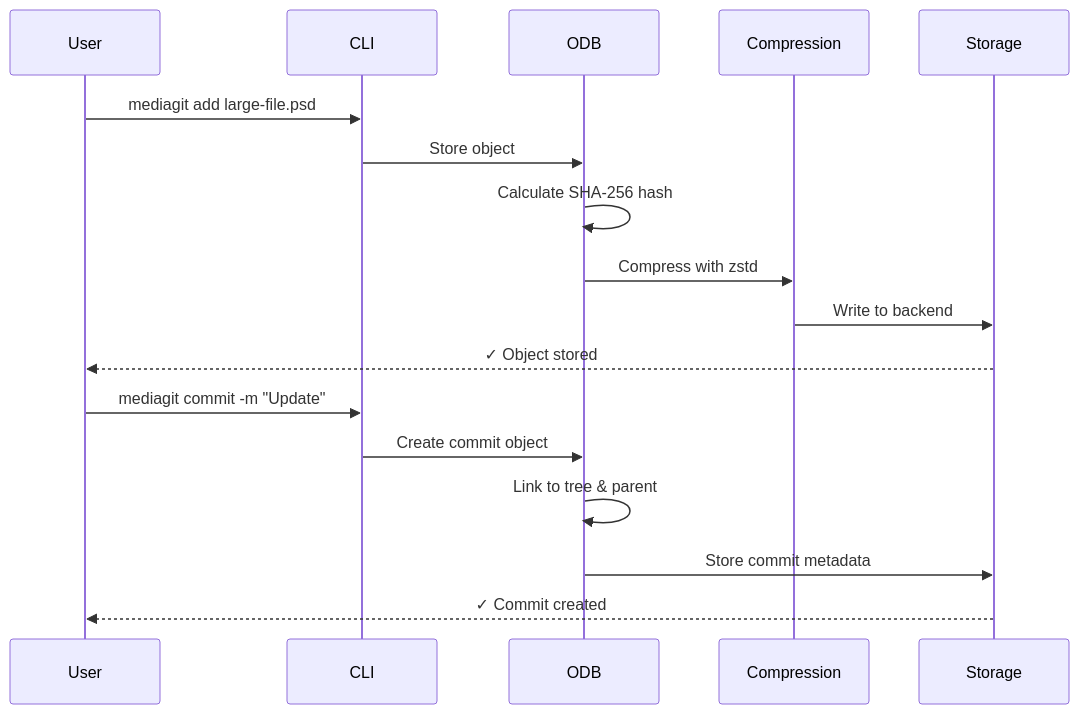
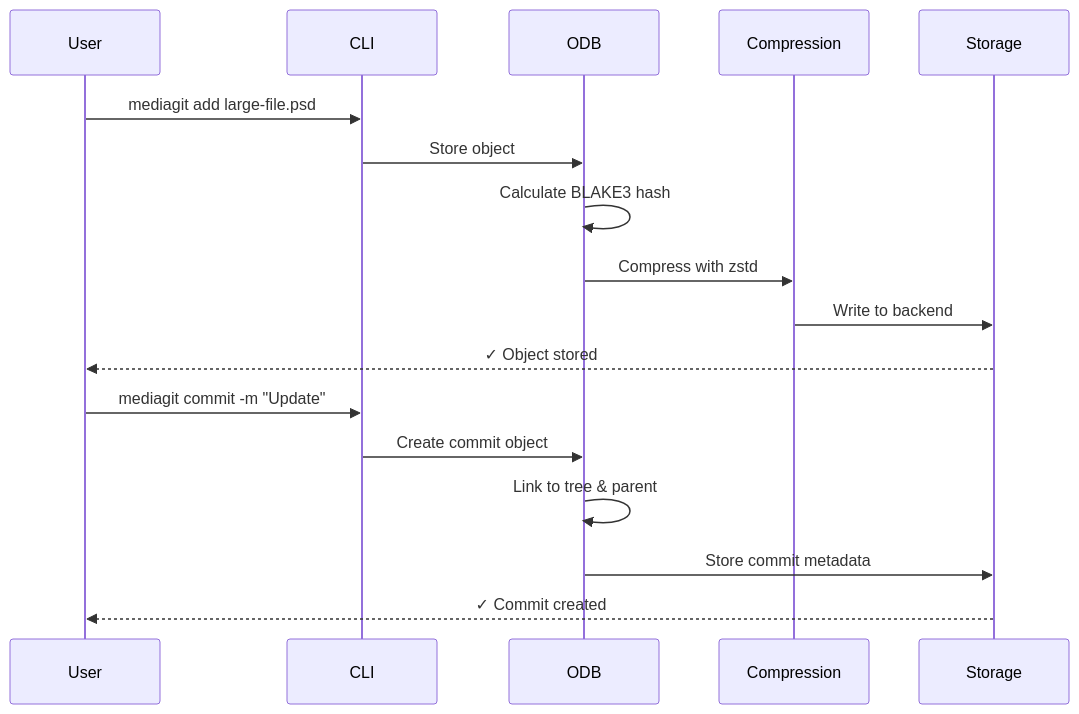
One commit to winnyboy5/mediagit-core changed the second of 2 diagrams in book/src/architecture/README.md. Above: the diagram before and after it, drawn with Mermaid. The commit also changed other lines of this file and 50 other files, not shown here.

````diff
--- a/book/src/architecture/README.md
+++ b/book/src/architecture/README.md
@@ -60,21 +60,21 @@
 ```mermaid
 sequenceDiagram
     participant User
     participant CLI
     participant ODB
     participant Compression
     participant Storage
 
     User->>CLI: mediagit add large-file.psd
     CLI->>ODB: Store object
-    ODB->>ODB: Calculate SHA-256 hash
+    ODB->>ODB: Calculate BLAKE3 hash
     ODB->>Compression: Compress with zstd
     Compression->>Storage: Write to backend
     Storage-->>User: ✓ Object stored
 
     User->>CLI: mediagit commit -m "Update"
     CLI->>ODB: Create commit object
     ODB->>ODB: Link to tree & parent
     ODB->>Storage: Store commit metadata
     Storage-->>User: ✓ Commit created
 ```
````
